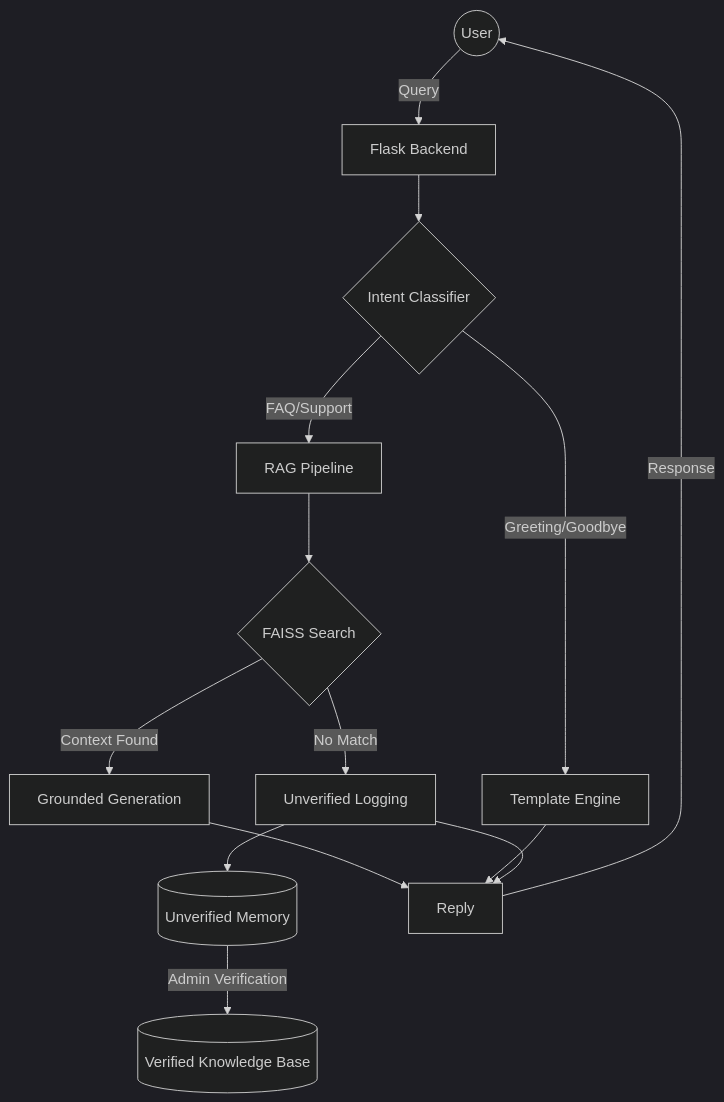
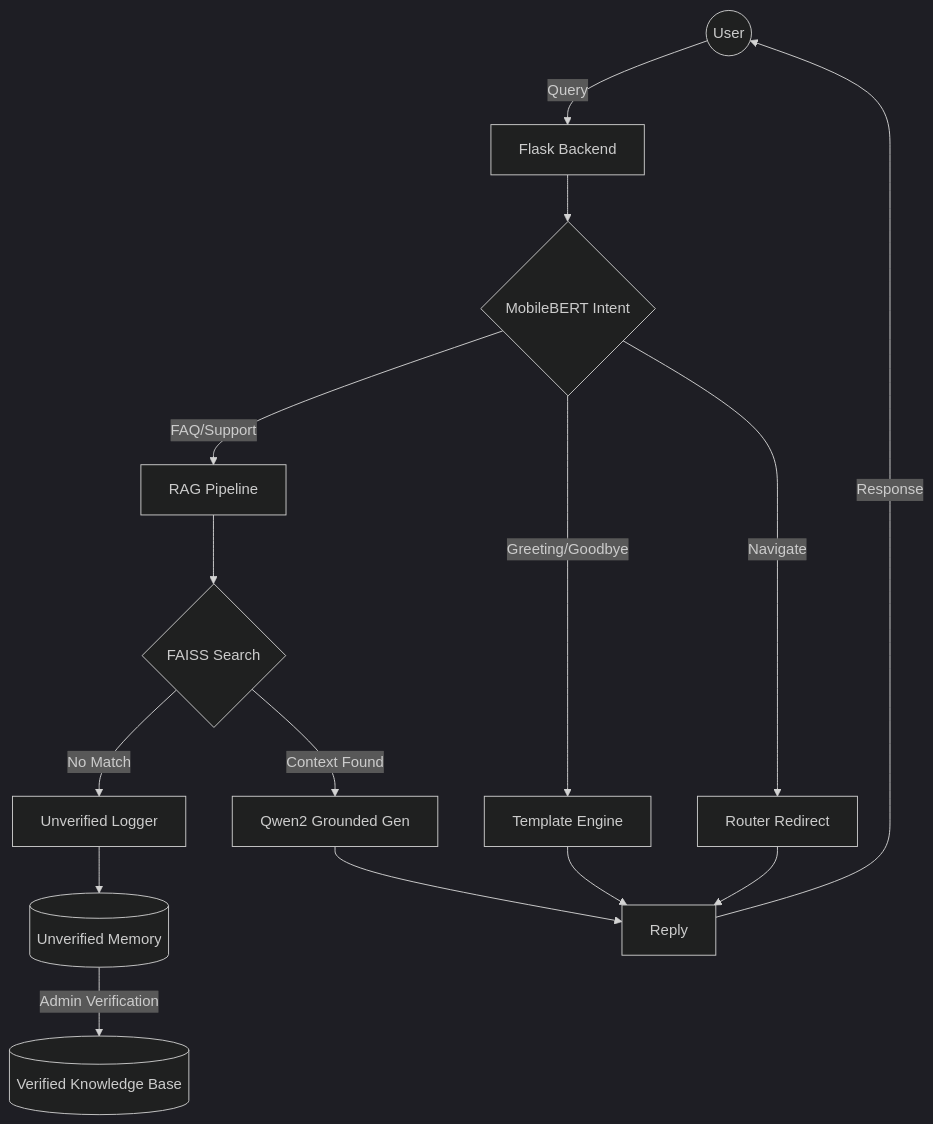
Before and after one commit to Ruzin413/RAG-CustomerCareBot: the diagram in README.md, drawn with Mermaid (dark theme). The commit also changed other lines of this file and 10 other files, not shown here.

````diff
--- a/README.md
+++ b/README.md
@@ -28,19 +28,20 @@
 ```mermaid
 graph TD
     User((User)) -->|Query| API[Flask Backend]
-    API --> Intent{Intent Classifier}
+    API --> Intent{MobileBERT Intent}
     Intent -->|Greeting/Goodbye| Template[Template Engine]
+    Intent -->|Navigate| Redirect[Router Redirect]
     Intent -->|FAQ/Support| RAG[RAG Pipeline]
     
     RAG --> Search{FAISS Search}
-    Search -->|Context Found| Gen[Grounded Generation]
-    Search -->|No Match| Fallback[Unverified Logging]
+    Search -->|Context Found| Gen[Qwen2 Grounded Gen]
+    Search -->|No Match| Fallback[Unverified Logger]
     
     Fallback --> Memory[(Unverified Memory)]
     Memory -->|Admin Verification| KB[(Verified Knowledge Base)]
     
     Gen --> Reply
     Template --> Reply
-    Fallback --> Reply
+    Redirect --> Reply
     Reply -->|Response| User
 ```
````
